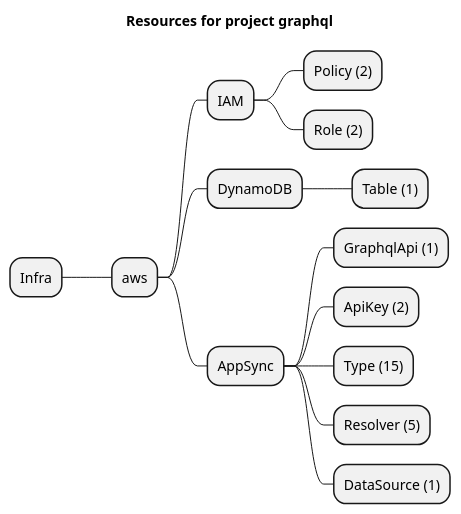
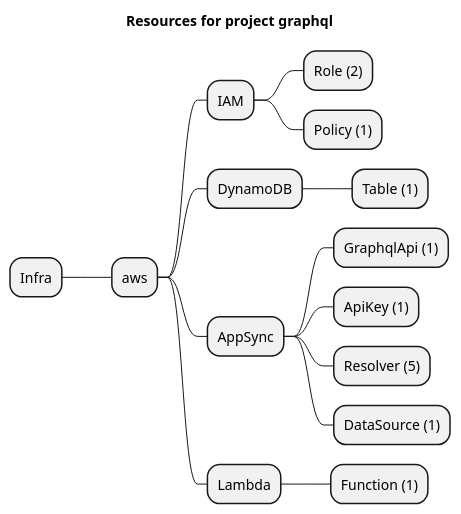
Before and after one commit to grucloud/grucloud: the diagram in examples/aws/appSync/graphql/artifacts/resources-mindmap.puml, drawn with PlantUML. The commit also changed 288 other files, not shown here.

```diff
--- a/examples/aws/appSync/graphql/artifacts/resources-mindmap.puml
+++ b/examples/aws/appSync/graphql/artifacts/resources-mindmap.puml
@@ -1,17 +1,18 @@
 @startmindmap
 title Resources for project graphql
 skinparam monochrome true
 + Infra
 ++ aws
 +++ IAM
-++++ Policy (2)
 ++++ Role (2)
+++++ Policy (1)
 +++ DynamoDB
 ++++ Table (1)
 +++ AppSync
 ++++ GraphqlApi (1)
-++++ ApiKey (2)
-++++ Type (15)
+++++ ApiKey (1)
 ++++ Resolver (5)
 ++++ DataSource (1)
++++ Lambda
+++++ Function (1)
 @endmindmap
```
